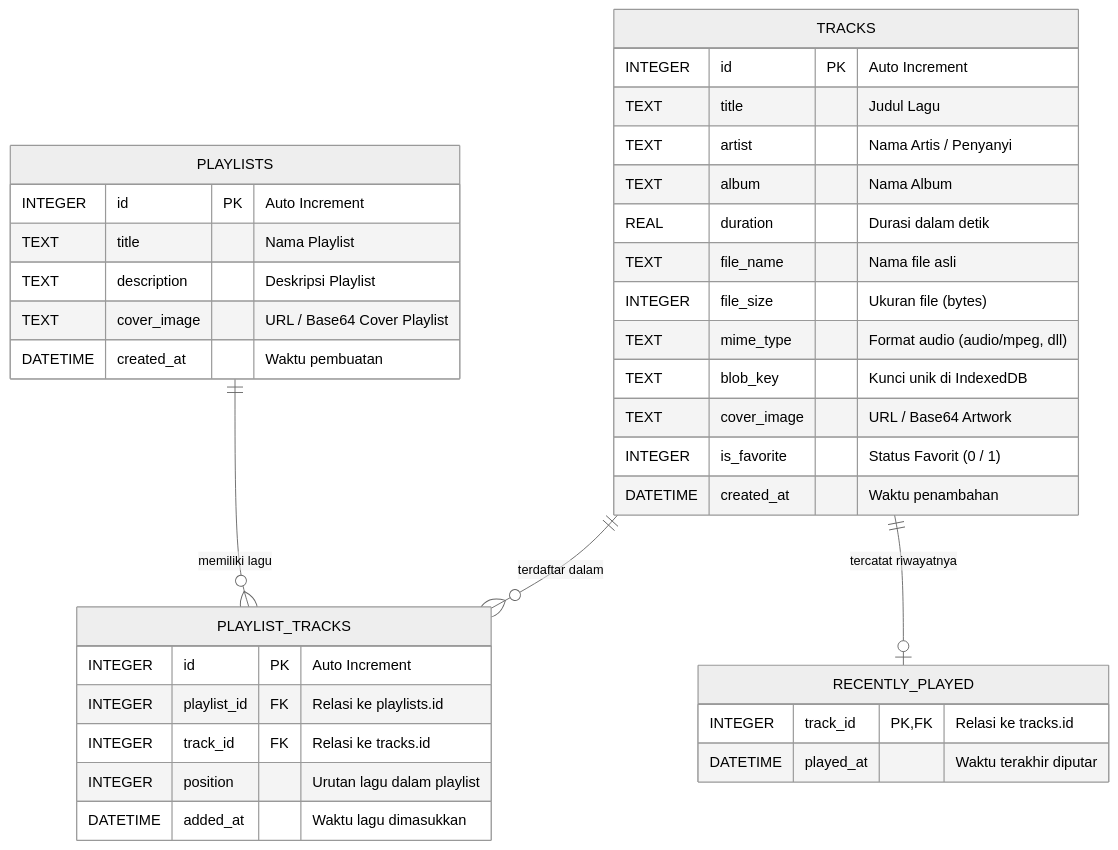
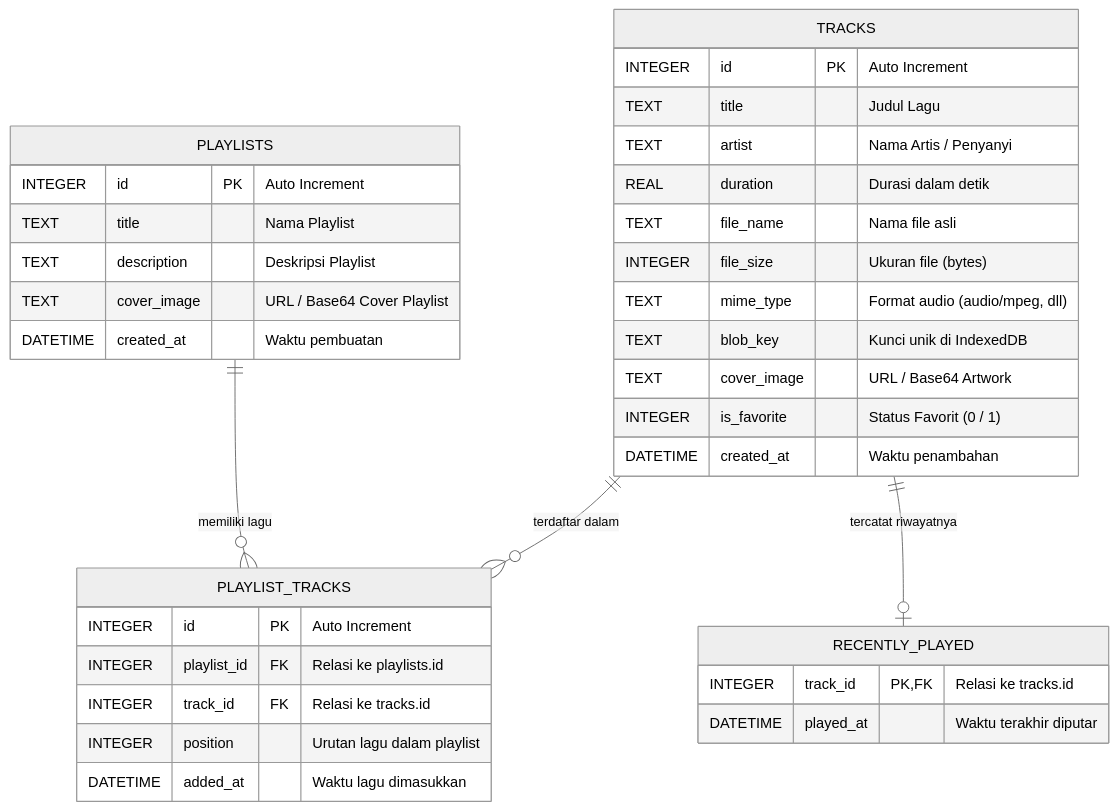
Before and after one commit to fahmirizalbudi/kakawihan: the first of 4 diagrams in PRESENTATION.md, drawn with Mermaid (neutral theme). The commit also changed other lines of this file and 12 other files, not shown here.

````diff
--- a/PRESENTATION.md
+++ b/PRESENTATION.md
@@ -138,42 +140,41 @@
 ```mermaid
 erDiagram
     TRACKS ||--o{ PLAYLIST_TRACKS : "terdaftar dalam"
     PLAYLISTS ||--o{ PLAYLIST_TRACKS : "memiliki lagu"
     TRACKS ||--o| RECENTLY_PLAYED : "tercatat riwayatnya"
 
     TRACKS {
         INTEGER id PK "Auto Increment"
         TEXT title "Judul Lagu"
         TEXT artist "Nama Artis / Penyanyi"
-        TEXT album "Nama Album"
         REAL duration "Durasi dalam detik"
         TEXT file_name "Nama file asli"
         INTEGER file_size "Ukuran file (bytes)"
         TEXT mime_type "Format audio (audio/mpeg, dll)"
         TEXT blob_key "Kunci unik di IndexedDB"
         TEXT cover_image "URL / Base64 Artwork"
         INTEGER is_favorite "Status Favorit (0 / 1)"
         DATETIME created_at "Waktu penambahan"
     }
 
     PLAYLISTS {
         INTEGER id PK "Auto Increment"
         TEXT title "Nama Playlist"
         TEXT description "Deskripsi Playlist"
         TEXT cover_image "URL / Base64 Cover Playlist"
         DATETIME created_at "Waktu pembuatan"
     }
 
     PLAYLIST_TRACKS {
         INTEGER id PK "Auto Increment"
         INTEGER playlist_id FK "Relasi ke playlists.id"
         INTEGER track_id FK "Relasi ke tracks.id"
         INTEGER position "Urutan lagu dalam playlist"
         DATETIME added_at "Waktu lagu dimasukkan"
     }
 
     RECENTLY_PLAYED {
         INTEGER track_id PK,FK "Relasi ke tracks.id"
         DATETIME played_at "Waktu terakhir diputar"
     }
 ```
````
